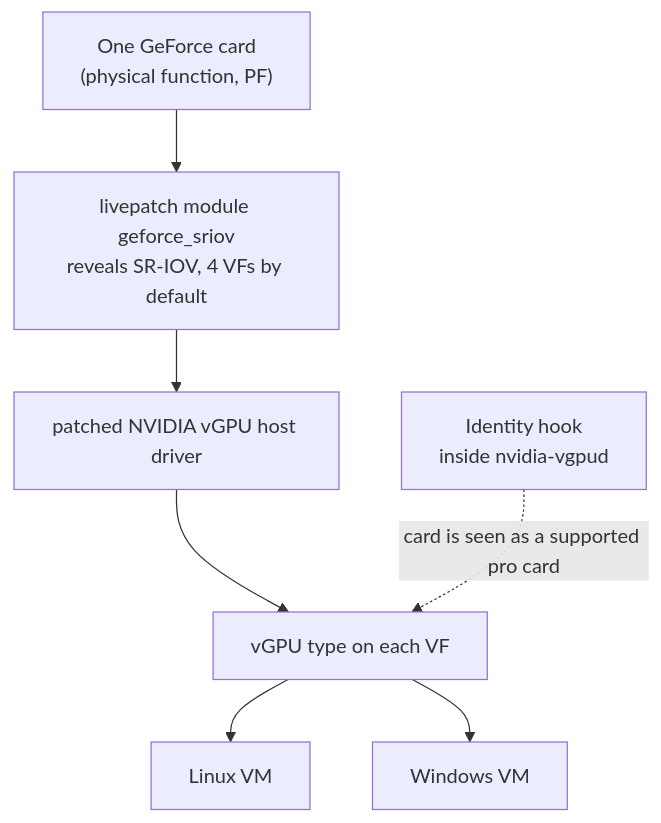
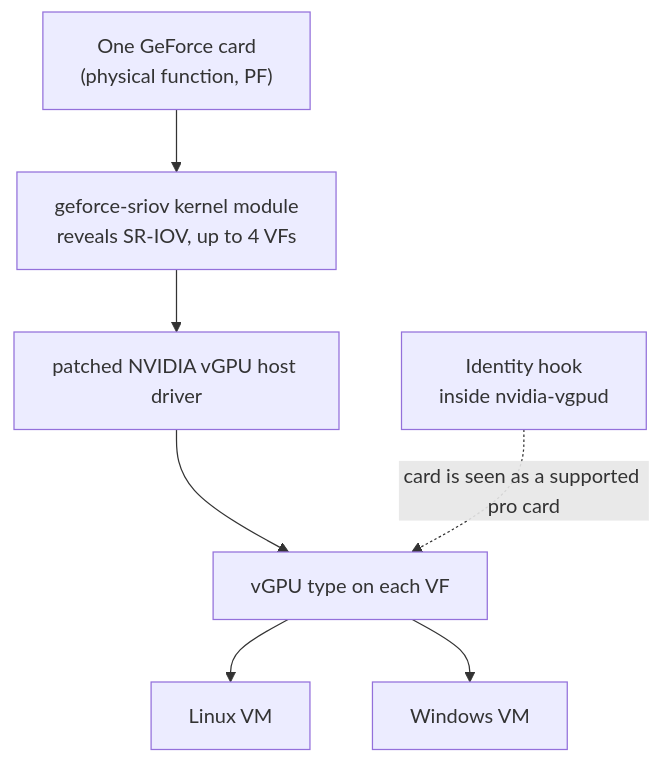
The second of 2 diagrams in README.md (noon-at-cgn/geforce-sriov), drawn with Mermaid before and after one commit. The commit also changed other lines of this file and 86 other files, not shown here.

Commit message:
geforce-sriov 0.4.0

````diff
--- a/README.md
+++ b/README.md
@@ -180,14 +151,14 @@
 ```mermaid
 flowchart TD
     GPU["One GeForce card<br/>(physical function, PF)"]
-    MOD["livepatch module geforce_sriov<br/>reveals SR-IOV, 4 VFs by default"]
+    MOD["geforce-sriov kernel module<br/>reveals SR-IOV, up to 4 VFs"]
     DRV["patched NVIDIA vGPU host driver"]
     HOOK["Identity hook<br/>inside nvidia-vgpud"]
     TYPES["vGPU type on each VF"]
     LVM["Linux VM"]
     WVM["Windows VM"]
     GPU --> MOD --> DRV --> TYPES
     HOOK -.->|"card is seen as a supported pro card"| TYPES
     TYPES --> LVM
     TYPES --> WVM
 ```
````
